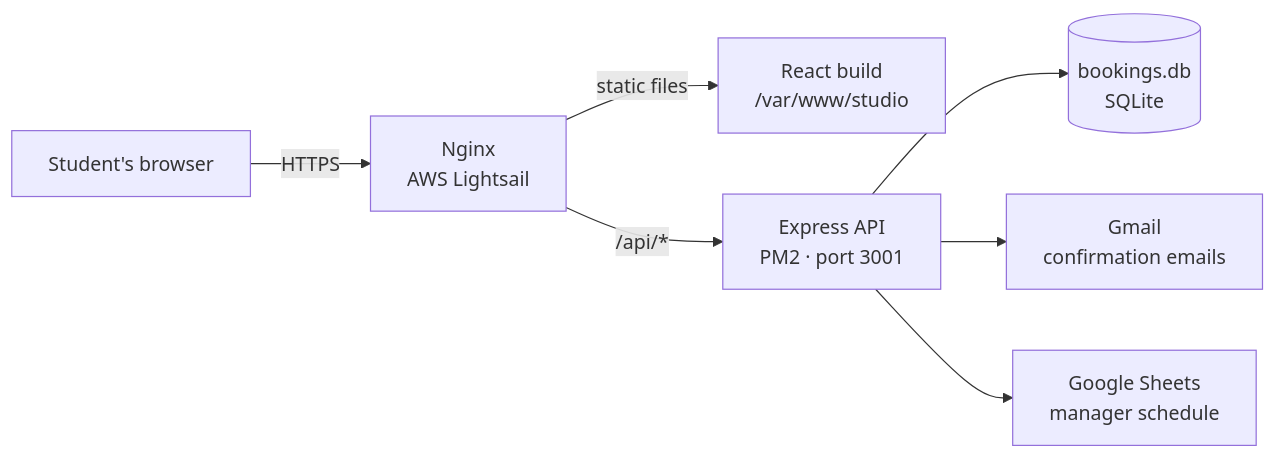
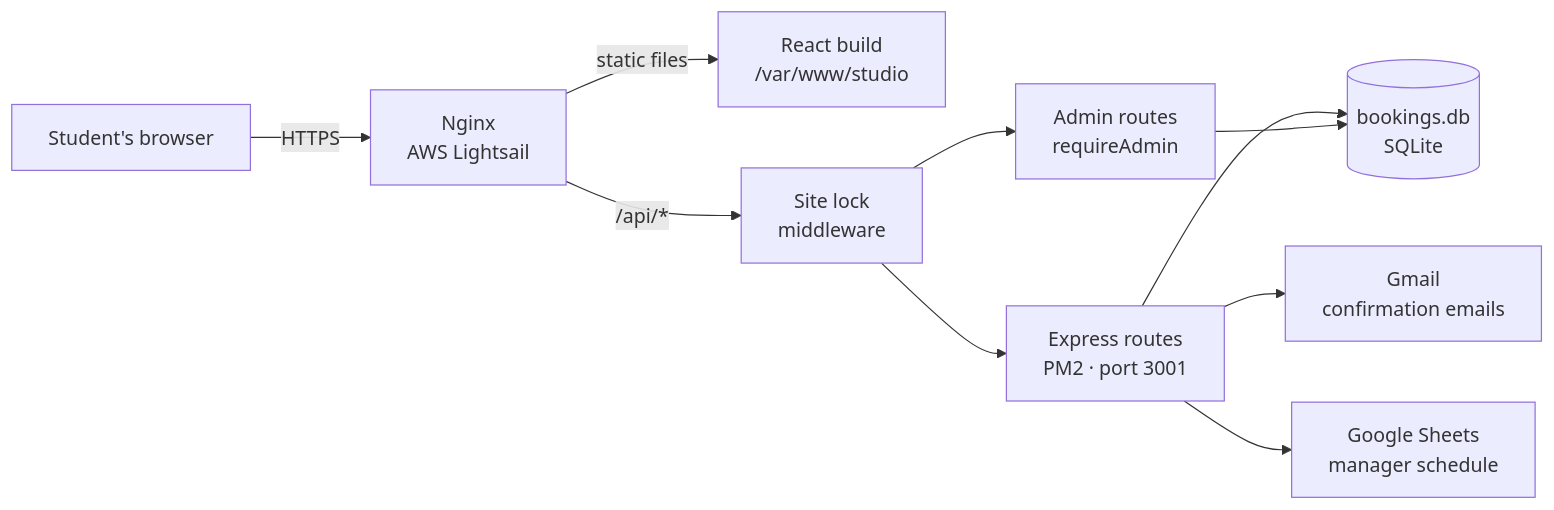
Before and after one commit to aduan48/Colby-Studio: the diagram in README.md, drawn with Mermaid. The commit also changed other lines of this file, not shown here.

````diff
--- a/README.md
+++ b/README.md
@@ -36,9 +38,12 @@
 ```mermaid
 flowchart LR
     U[Student's browser] -->|HTTPS| N[Nginx<br/>AWS Lightsail]
     N -->|static files| F[React build<br/>/var/www/studio]
-    N -->|/api/*| A[Express API<br/>PM2 · port 3001]
+    N -->|/api/*| L[Site lock<br/>middleware]
+    L --> A[Express routes<br/>PM2 · port 3001]
+    L --> AD[Admin routes<br/>requireAdmin]
     A --> D[(bookings.db<br/>SQLite)]
+    AD --> D
     A --> M[Gmail<br/>confirmation emails]
     A --> G[Google Sheets<br/>manager schedule]
 ```
````
